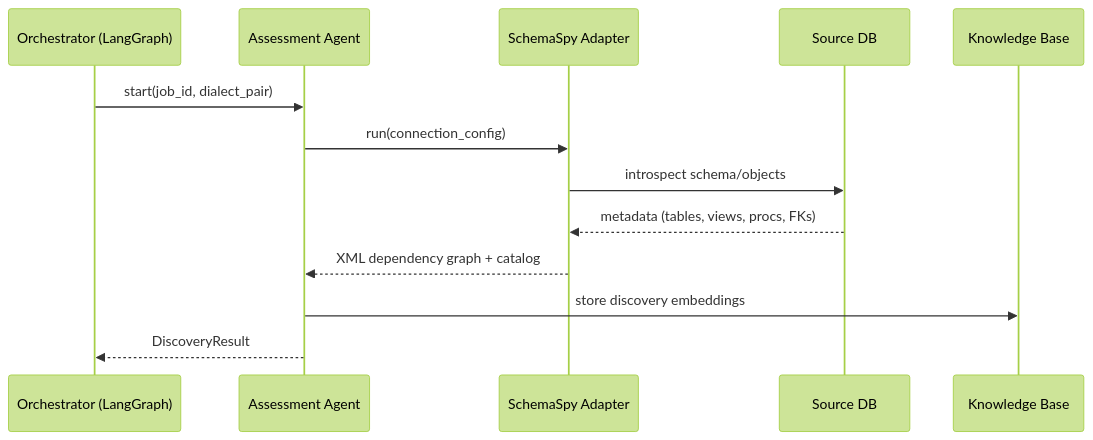
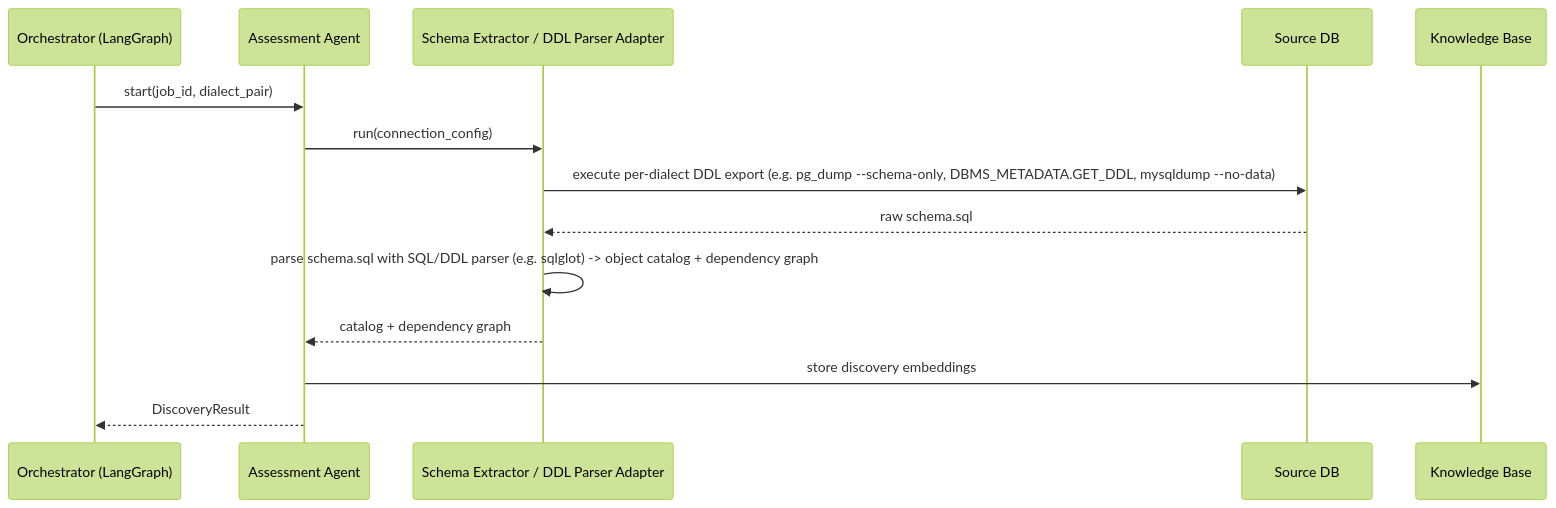
One commit to rupak-banerjee-ness/Agentic-AI-Data-Migration changed the sixth of 16 diagrams in architecture.md. Above: the diagram before and after it, drawn with Mermaid (forest theme). The commit also changed other lines of this file and 1 other file, not shown here.

Commit message:
Update architecture and human plan documentation to reflect changes in Assessment Agent's schema extraction process

````diff
--- a/architecture.md
+++ b/architecture.md
@@ -382,16 +382,17 @@
 ```mermaid
 sequenceDiagram
     participant O as Orchestrator (LangGraph)
     participant AA as Assessment Agent
-    participant SS as SchemaSpy Adapter
+    participant SE as Schema Extractor / DDL Parser Adapter
     participant SDB as Source DB
     participant KB as Knowledge Base
 
     O->>AA: start(job_id, dialect_pair)
-    AA->>SS: run(connection_config)
-    SS->>SDB: introspect schema/objects
-    SDB-->>SS: metadata (tables, views, procs, FKs)
-    SS-->>AA: XML dependency graph + catalog
+    AA->>SE: run(connection_config)
+    SE->>SDB: execute per-dialect DDL export (e.g. pg_dump --schema-only, DBMS_METADATA.GET_DDL, mysqldump --no-data)
+    SDB-->>SE: raw schema.sql
+    SE->>SE: parse schema.sql with SQL/DDL parser (e.g. sqlglot) -> object catalog + dependency graph
+    SE-->>AA: catalog + dependency graph
     AA->>KB: store discovery embeddings
     AA-->>O: DiscoveryResult
 ```
````
